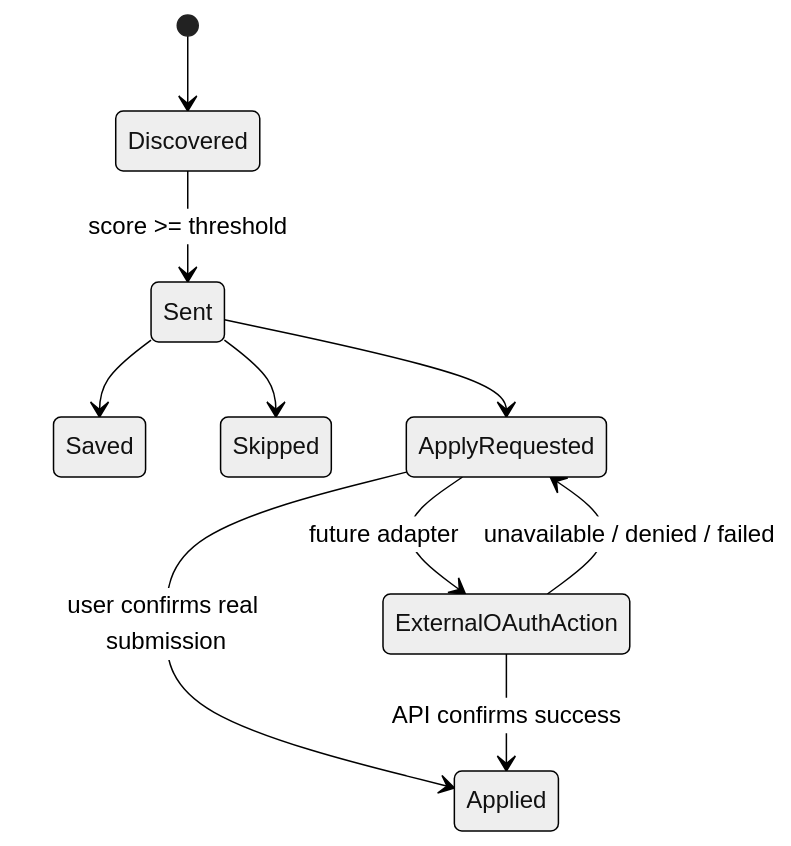
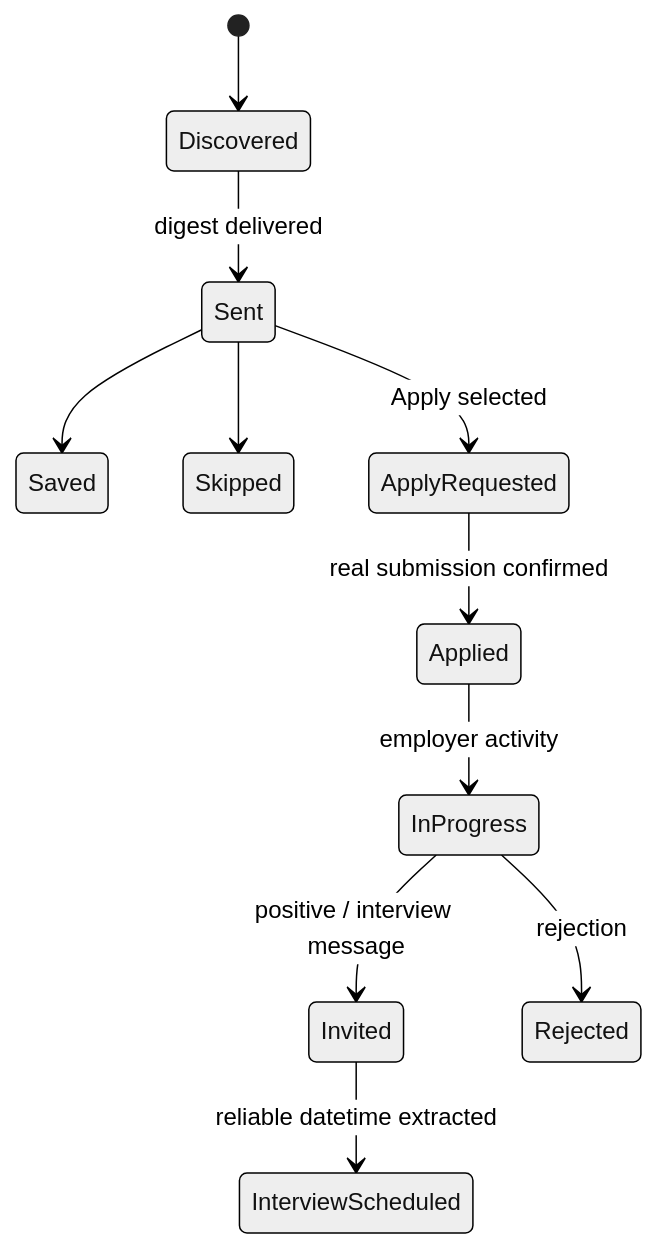
The third of 4 diagrams in ARCHITECTURE.md (blsoo/jobradar-vacancy-intelligence), drawn with Mermaid (neutral theme) before and after one commit. The commit also changed other lines of this file, not shown here.

Commit message:
Refresh JobRadar architecture to current runtime

````diff
--- a/ARCHITECTURE.md
+++ b/ARCHITECTURE.md
@@ -77,12 +82,13 @@
 ```mermaid
 stateDiagram-v2
     [*] --> Discovered
-    Discovered --> Sent: score >= threshold
+    Discovered --> Sent: digest delivered
     Sent --> Saved
     Sent --> Skipped
-    Sent --> ApplyRequested
-    ApplyRequested --> Applied: user confirms real submission
-    ApplyRequested --> ExternalOAuthAction: future adapter
-    ExternalOAuthAction --> Applied: API confirms success
-    ExternalOAuthAction --> ApplyRequested: unavailable / denied / failed
+    Sent --> ApplyRequested: Apply selected
+    ApplyRequested --> Applied: real submission confirmed
+    Applied --> InProgress: employer activity
+    InProgress --> Invited: positive / interview message
+    InProgress --> Rejected: rejection
+    Invited --> InterviewScheduled: reliable datetime extracted
 ```
````
